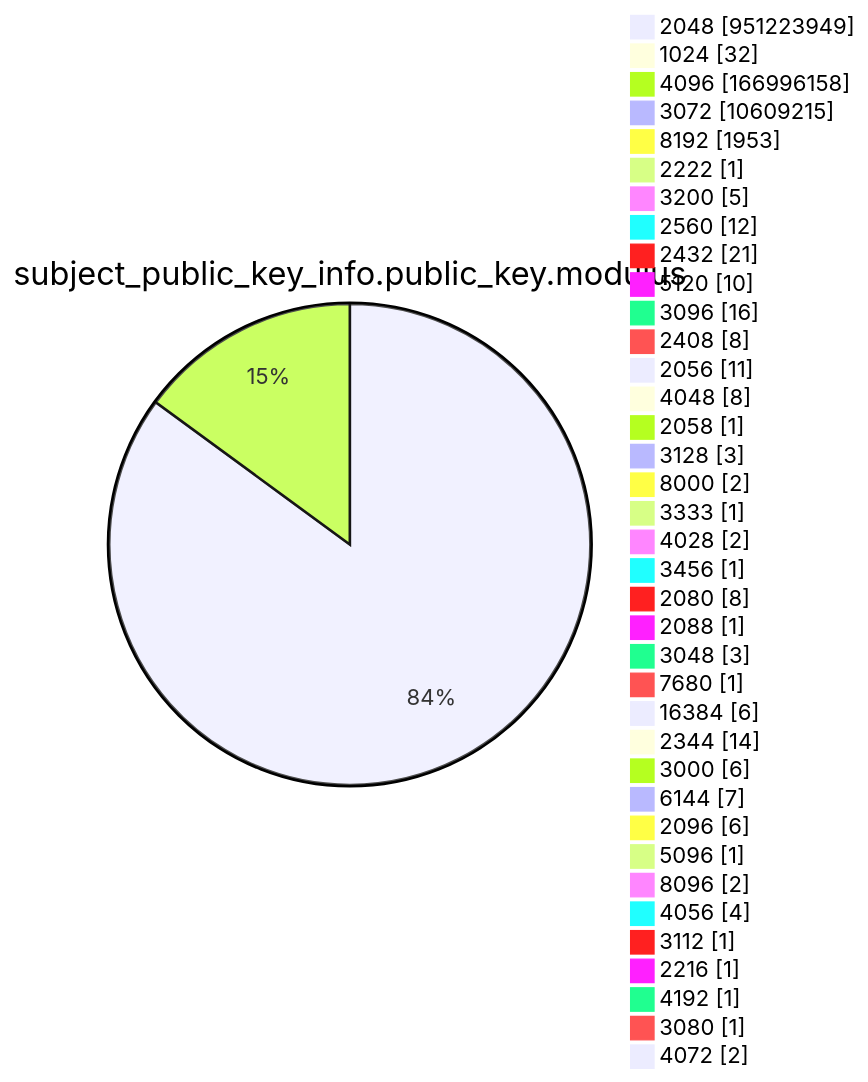
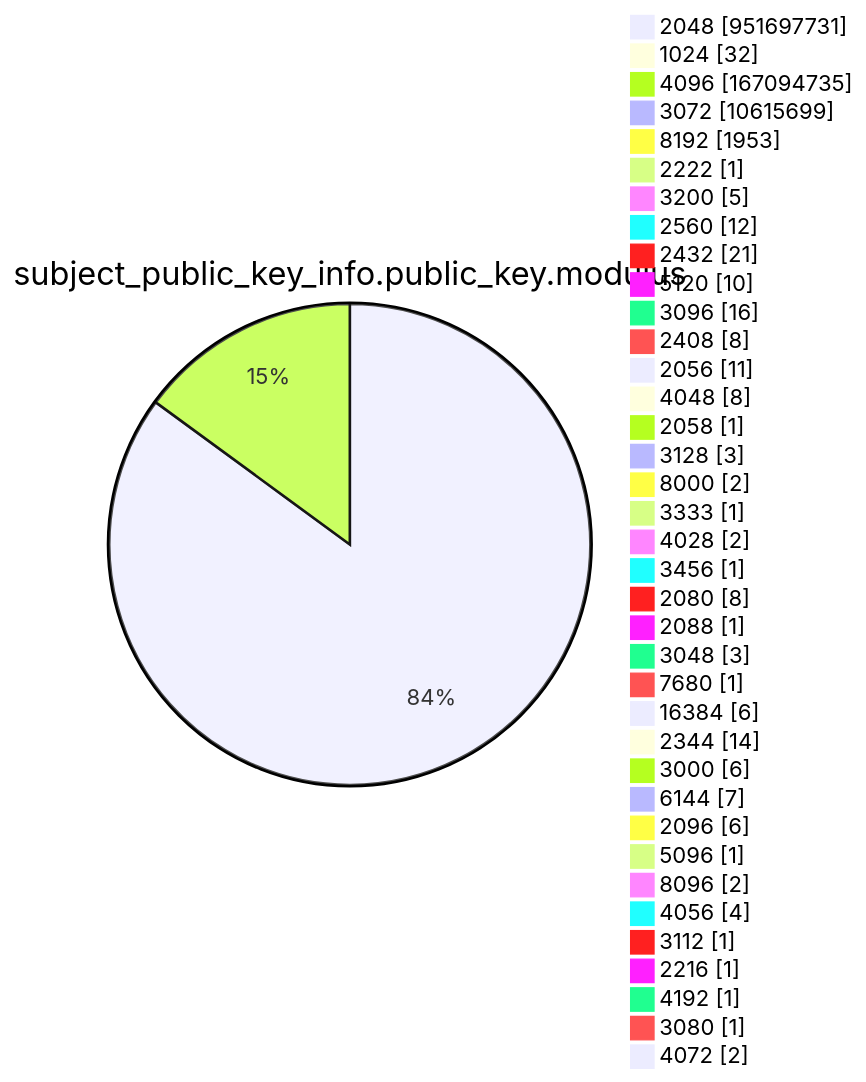
One commit to christiankrug/ctmonitor_visualization changed diagram 13 of 15 in argon2022/README.md. Above: the diagram before and after it, drawn with Mermaid. The commit also changed other lines of this file, not shown here.

````diff
--- a/argon2022/README.md
+++ b/argon2022/README.md
@@ -3585,41 +3585,41 @@
 ```mermaid
 pie showData
 title subject_public_key_info.public_key.modulus
-"2048" :951223949
+"2048" :951697731
 "1024" :32
-"4096" :166996158
-"3072" :10609215
+"4096" :167094735
+"3072" :10615699
 "8192" :1953
 "2222" :1
 "3200" :5
 "2560" :12
 "2432" :21
 "5120" :10
 "3096" :16
 "2408" :8
 "2056" :11
 "4048" :8
 "2058" :1
 "3128" :3
 "8000" :2
 "3333" :1
 "4028" :2
 "3456" :1
 "2080" :8
 "2088" :1
 "3048" :3
 "7680" :1
 "16384" :6
 "2344" :14
 "3000" :6
 "6144" :7
 "2096" :6
 "5096" :1
 "8096" :2
 "4056" :4
 "3112" :1
 "2216" :1
 "4192" :1
 "3080" :1
 "4072" :2
 ```
````
